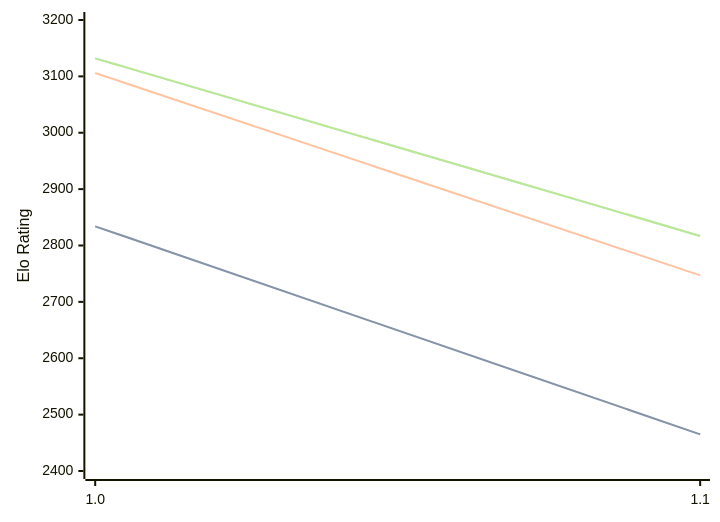
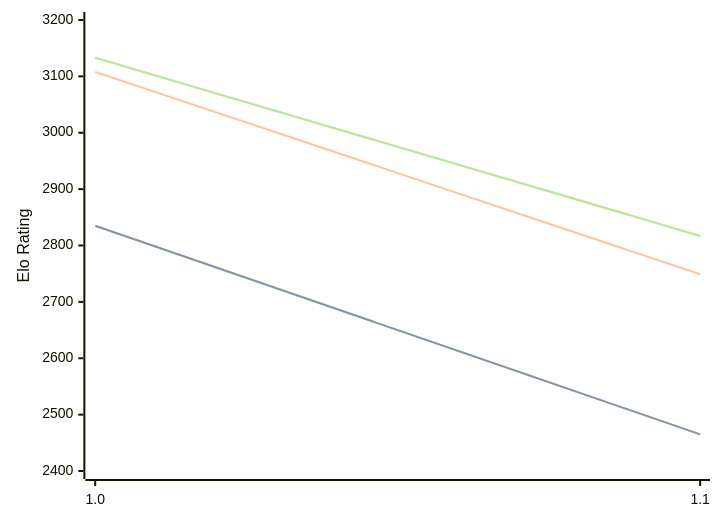
The diagram in engines/Publius.md (computer-chess-index/cci), drawn with Mermaid before and after one commit. The commit also changed other lines of this file, not shown here.

Commit message:
Update CCI Ratings (ELO VLTC) - 2026-08-27

````diff
--- a/engines/Publius.md
+++ b/engines/Publius.md
@@ -32,11 +32,11 @@
 ```mermaid
 %%{init: {"theme":"base","themeVariables":{"seriesColors:['#a3a3a3','#222221','#faa371']}}}%%
 xychart-beta
   x-axis ["1.0", "1.1"]
   y-axis "Elo Rating" 2400 --> 3200
-  line "STC (8.0+0.08s)" [2834, 2465]
-  line "STC (8.0+0.08s)" [2834, 2465]
-  line "LTC (60.0+0.60s)" [3106, 2747]
-  line "VLTC (2m24s+1.12s)" [3132, 2817]
-  line "VLTC (2m24s+1.12s)" [3132, 2817]
+  line "STC (8.0+0.08s)" [2835, 2465]
+  line "STC (8.0+0.08s)" [2835, 2465]
+  line "LTC (60.0+0.60s)" [3108, 2749]
+  line "VLTC (2m24s+1.12s)" [3133, 2817]
+  line "VLTC (2m24s+1.12s)" [3133, 2817]
 ```
````
